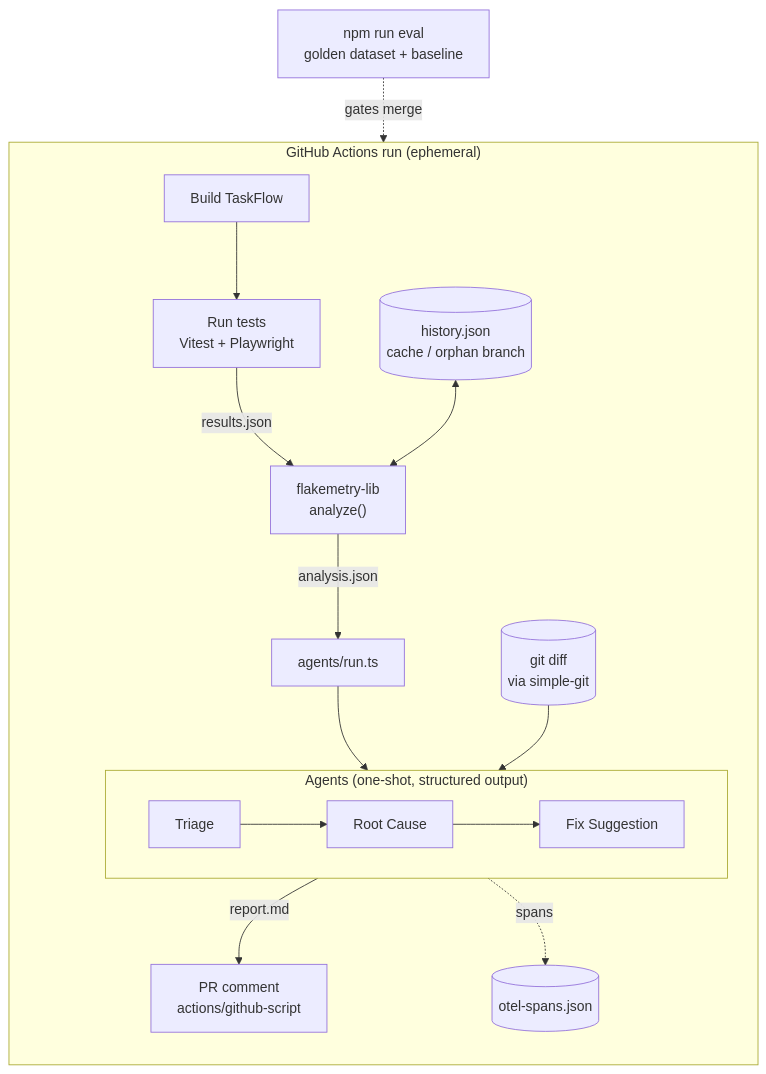
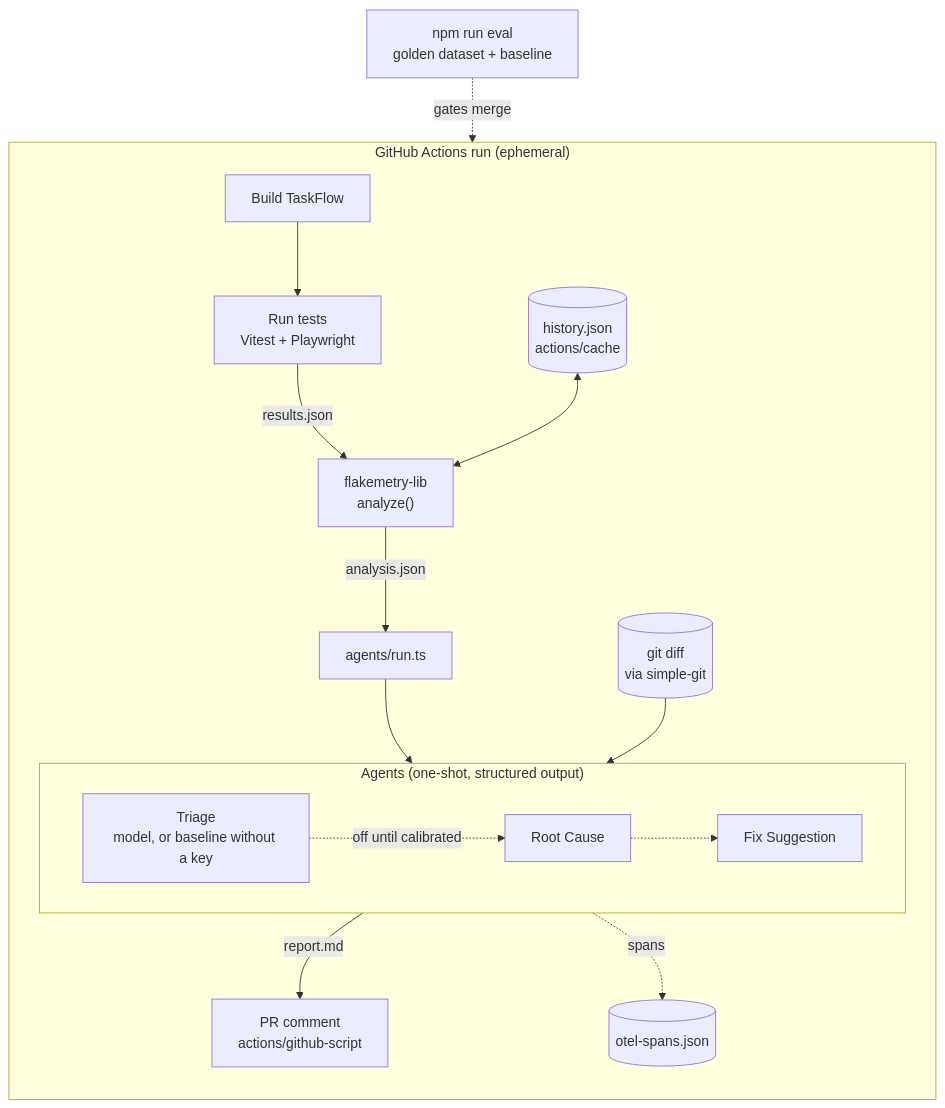
One commit to AKogut/ai-flaky-test-triage changed the diagram in README.md. Above: the diagram before and after it, drawn with Mermaid. The commit also changed other lines of this file and 12 other files, not shown here.

````diff
--- a/README.md
+++ b/README.md
@@ -62,22 +64,22 @@
 ```mermaid
 flowchart TB
     subgraph ci["GitHub Actions run (ephemeral)"]
         direction TB
         BUILD["Build TaskFlow"] --> TEST["Run tests<br/>Vitest + Playwright"]
         TEST -->|"results.json"| FM["flakemetry-lib<br/>analyze()"]
-        HIST[("history.json<br/>cache / orphan branch")] <--> FM
+        HIST[("history.json<br/>actions/cache")] <--> FM
         FM -->|"analysis.json"| ORCH["agents/run.ts"]
 
         subgraph agents["Agents (one-shot, structured output)"]
             direction LR
-            T["Triage"] --> RC["Root Cause"] --> FIX["Fix Suggestion"]
+            T["Triage<br/>model, or baseline without a key"] -.->|"off until calibrated"| RC["Root Cause"] -.-> FIX["Fix Suggestion"]
         end
 
         ORCH --> agents
         DIFF[("git diff<br/>via simple-git")] --> agents
         agents -->|"report.md"| COMMENT["PR comment<br/>actions/github-script"]
         agents -.->|"spans"| OTEL[("otel-spans.json")]
     end
 
     EVAL["npm run eval<br/>golden dataset + baseline"] -.->|"gates merge"| T
 ```
````
